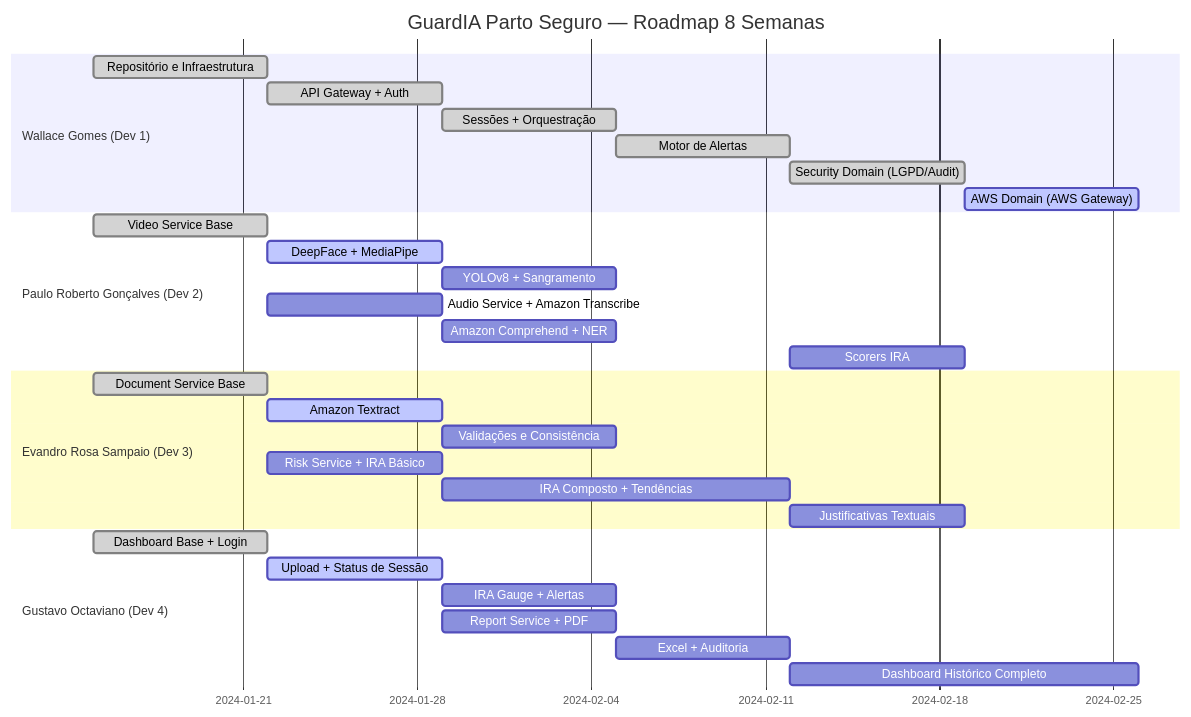
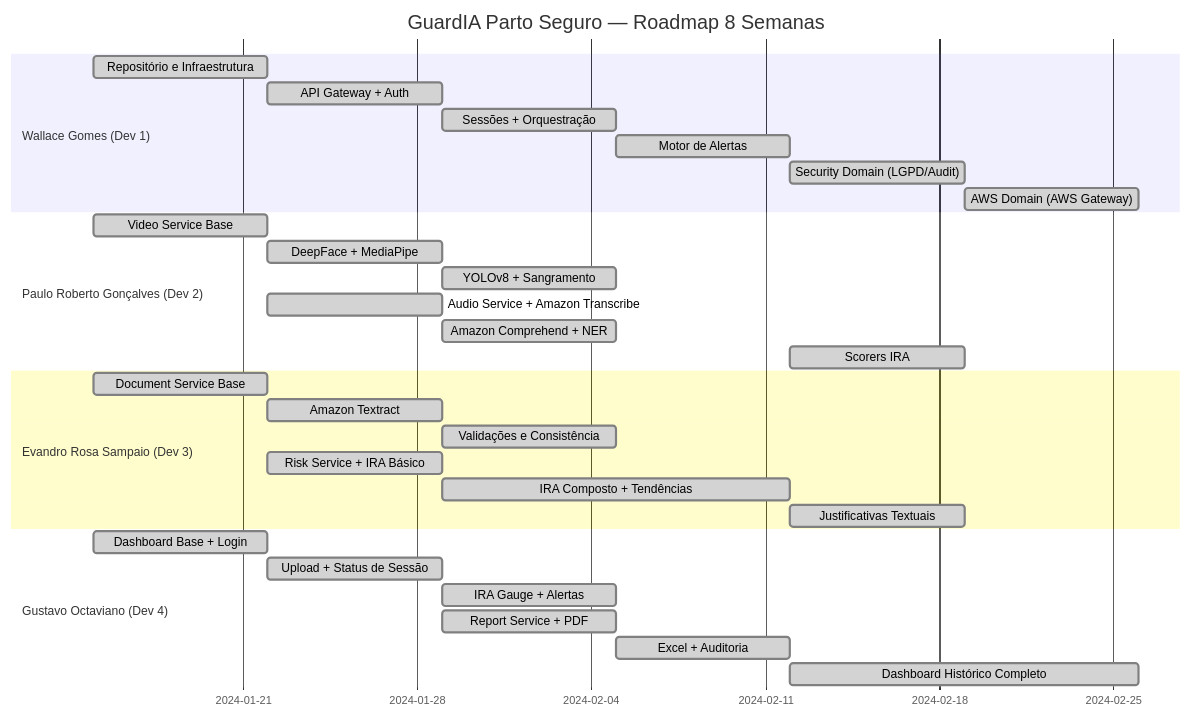
One commit to Wallace82/guardia-parto-seguro changed the diagram in docs/ROADMAP.md. Above: the diagram before and after it, drawn with Mermaid. The commit also changed other lines of this file and 17 other files, not shown here.

Commit message:
feat: implement report generation service with PDF/Excel support and storage integration

````diff
--- a/docs/ROADMAP.md
+++ b/docs/ROADMAP.md
@@ -9,36 +9,36 @@
 ```mermaid
 gantt
     title GuardIA Parto Seguro — Roadmap 8 Semanas
     dateFormat  YYYY-MM-DD
     section Wallace Gomes (Dev 1)
     Repositório e Infraestrutura     :done, a1, 2024-01-15, 7d
     API Gateway + Auth               :done, a2, after a1, 7d
     Sessões + Orquestração           :done, a3, after a2, 7d
     Motor de Alertas                 :done, a4, after a3, 7d
     Security Domain (LGPD/Audit)     :done, a5, after a4, 7d
-    AWS Domain (AWS Gateway)         :active, a6, after a5, 7d
+    AWS Domain (AWS Gateway)         :done, a6, after a5, 7d
 
     section Paulo Roberto Gonçalves (Dev 2)
     Video Service Base               :done, b1, 2024-01-15, 7d
-    DeepFace + MediaPipe             :active, b2, after b1, 7d
-    YOLOv8 + Sangramento             :b3, after b2, 7d
-    Audio Service + Amazon Transcribe:b4, 2024-01-22, 7d
-    Amazon Comprehend + NER          :b5, after b4, 7d
-    Scorers IRA                      :b6, 2024-02-12, 7d
+    DeepFace + MediaPipe             :done, b2, after b1, 7d
+    YOLOv8 + Sangramento             :done, b3, after b2, 7d
+    Audio Service + Amazon Transcribe:done, b4, 2024-01-22, 7d
+    Amazon Comprehend + NER          :done, b5, after b4, 7d
+    Scorers IRA                      :done, b6, 2024-02-12, 7d
 
     section Evandro Rosa Sampaio (Dev 3)
     Document Service Base            :done, c1, 2024-01-15, 7d
-    Amazon Textract                  :active, c2, after c1, 7d
-    Validações e Consistência        :c3, after c2, 7d
-    Risk Service + IRA Básico        :c4, 2024-01-22, 7d
-    IRA Composto + Tendências        :c5, after c4, 14d
-    Justificativas Textuais          :c6, 2024-02-12, 7d
+    Amazon Textract                  :done, c2, after c1, 7d
+    Validações e Consistência        :done, c3, after c2, 7d
+    Risk Service + IRA Básico        :done, c4, 2024-01-22, 7d
+    IRA Composto + Tendências        :done, c5, after c4, 14d
+    Justificativas Textuais          :done, c6, 2024-02-12, 7d
 
     section Gustavo Octaviano (Dev 4)
     Dashboard Base + Login           :done, d1, 2024-01-15, 7d
-    Upload + Status de Sessão        :active, d2, after d1, 7d
-    IRA Gauge + Alertas              :d3, after d2, 7d
-    Report Service + PDF             :d4, 2024-01-29, 7d
-    Excel + Auditoria                :d5, after d4, 7d
-    Dashboard Histórico Completo     :d6, 2024-02-12, 14d
+    Upload + Status de Sessão        :done, d2, after d1, 7d
+    IRA Gauge + Alertas              :done, d3, after d2, 7d
+    Report Service + PDF             :done, d4, 2024-01-29, 7d
+    Excel + Auditoria                :done, d5, after d4, 7d
+    Dashboard Histórico Completo     :done, d6, 2024-02-12, 14d
 ```
````
